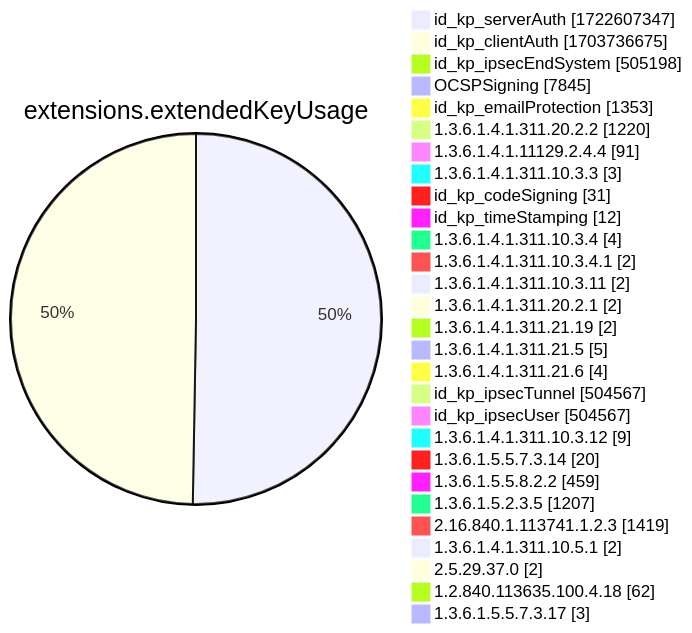
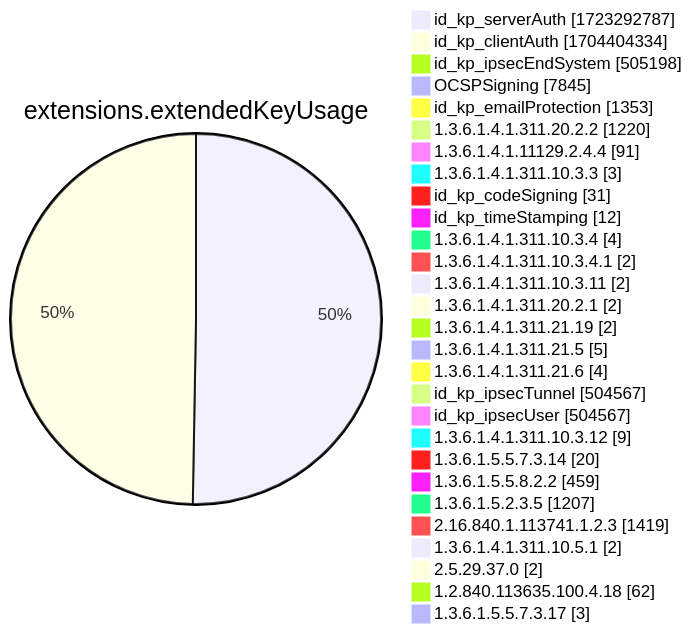
One commit to christiankrug/ctmonitor_visualization changed diagram 12 of 15 in xenon2022/README.md. Above: the diagram before and after it, drawn with Mermaid. The commit also changed other lines of this file, not shown here.

````diff
--- a/xenon2022/README.md
+++ b/xenon2022/README.md
@@ -3889,32 +3889,32 @@
 ```mermaid
 pie showData
 title extensions.extendedKeyUsage
-"id_kp_serverAuth" :1722607347
-"id_kp_clientAuth" :1703736675
+"id_kp_serverAuth" :1723292787
+"id_kp_clientAuth" :1704404334
 "id_kp_ipsecEndSystem" :505198
 "OCSPSigning" :7845
 "id_kp_emailProtection" :1353
 "1.3.6.1.4.1.311.20.2.2" :1220
 "1.3.6.1.4.1.11129.2.4.4" :91
 "1.3.6.1.4.1.311.10.3.3" :3
 "id_kp_codeSigning" :31
 "id_kp_timeStamping" :12
 "1.3.6.1.4.1.311.10.3.4" :4
 "1.3.6.1.4.1.311.10.3.4.1" :2
 "1.3.6.1.4.1.311.10.3.11" :2
 "1.3.6.1.4.1.311.20.2.1" :2
 "1.3.6.1.4.1.311.21.19" :2
 "1.3.6.1.4.1.311.21.5" :5
 "1.3.6.1.4.1.311.21.6" :4
 "id_kp_ipsecTunnel" :504567
 "id_kp_ipsecUser" :504567
 "1.3.6.1.4.1.311.10.3.12" :9
 "1.3.6.1.5.5.7.3.14" :20
 "1.3.6.1.5.5.8.2.2" :459
 "1.3.6.1.5.2.3.5" :1207
 "2.16.840.1.113741.1.2.3" :1419
 "1.3.6.1.4.1.311.10.5.1" :2
 "2.5.29.37.0" :2
 "1.2.840.113635.100.4.18" :62
 "1.3.6.1.5.5.7.3.17" :3
 ```
````
